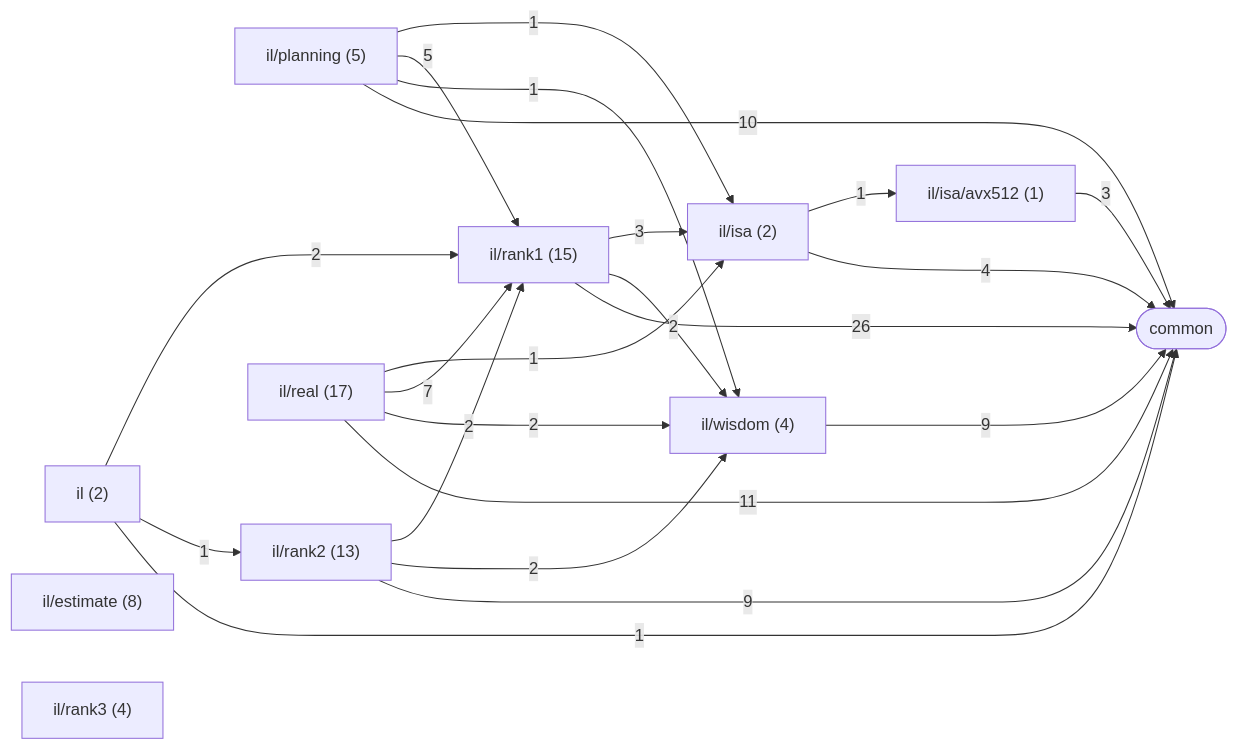
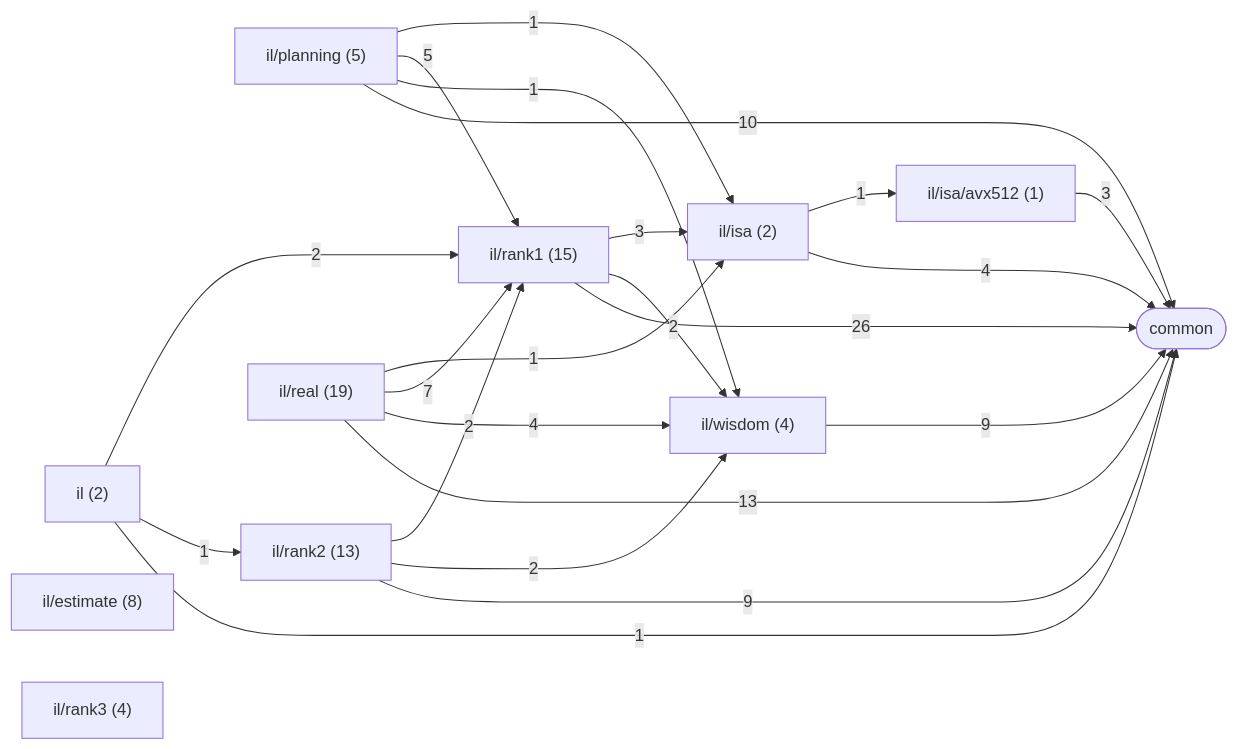
Before and after one commit to Tugbars/VectorFFT: the second of 4 diagrams in docs/architecture/generated/folders.md, drawn with Mermaid. The commit also changed other lines of this file and 14 other files, not shown here.

First line of the commit message:
Architecture pages regenerated for il/real/dst.h and real_role.h

````diff
--- a/docs/architecture/generated/folders.md
+++ b/docs/architecture/generated/folders.md
@@ -30,35 +30,35 @@
 ```mermaid
 flowchart LR
     n_il["il (2)"]
     n_il_estimate["il/estimate (8)"]
     n_il_isa["il/isa (2)"]
     n_il_isa_avx512["il/isa/avx512 (1)"]
     n_il_planning["il/planning (5)"]
     n_il_rank1["il/rank1 (15)"]
     n_il_rank2["il/rank2 (13)"]
     n_il_rank3["il/rank3 (4)"]
-    n_il_real["il/real (17)"]
+    n_il_real["il/real (19)"]
     n_il_wisdom["il/wisdom (4)"]
     n_zone_common(["common"])
     n_il -->|2| n_il_rank1
     n_il -->|1| n_il_rank2
     n_il_isa -->|1| n_il_isa_avx512
     n_il_planning -->|1| n_il_isa
     n_il_planning -->|5| n_il_rank1
     n_il_planning -->|1| n_il_wisdom
     n_il_rank1 -->|3| n_il_isa
     n_il_rank1 -->|2| n_il_wisdom
     n_il_rank2 -->|2| n_il_rank1
     n_il_rank2 -->|2| n_il_wisdom
     n_il_real -->|1| n_il_isa
     n_il_real -->|7| n_il_rank1
-    n_il_real -->|2| n_il_wisdom
+    n_il_real -->|4| n_il_wisdom
     n_il -->|1| n_zone_common
     n_il_isa -->|4| n_zone_common
     n_il_isa_avx512 -->|3| n_zone_common
     n_il_planning -->|10| n_zone_common
     n_il_rank1 -->|26| n_zone_common
     n_il_rank2 -->|9| n_zone_common
-    n_il_real -->|11| n_zone_common
+    n_il_real -->|13| n_zone_common
     n_il_wisdom -->|9| n_zone_common
 ```
````
